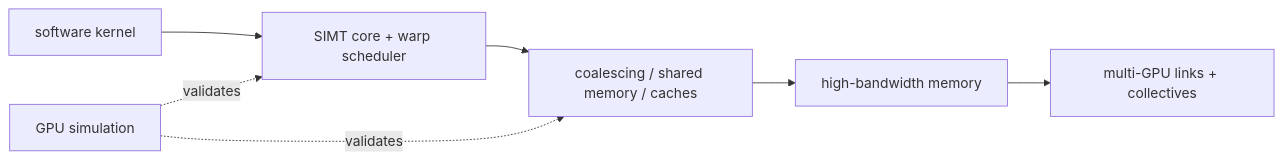
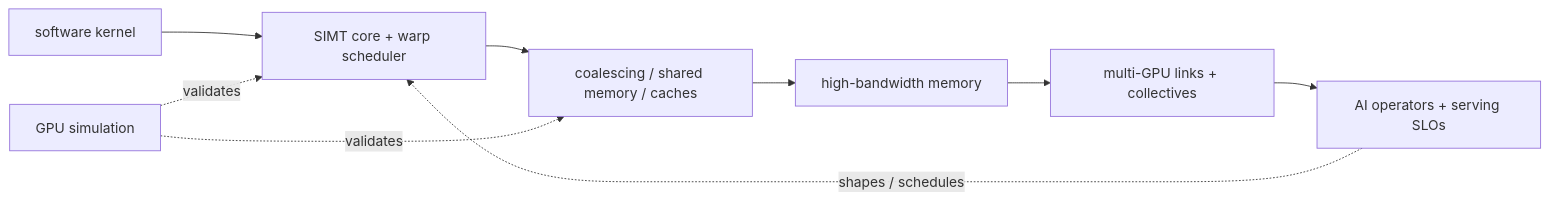
One commit to Wty2003328/silicon-design-notebook changed the diagram in 01_Architecture_and_PPA/02_GPU_Architecture/00_Index.md. Above: the diagram before and after it, drawn with Mermaid. The commit also changed other lines of this file and 47 other files, not shown here.

Commit message:
Add research-depth AI workload architecture sections

```diff
--- a/01_Architecture_and_PPA/02_GPU_Architecture/00_Index.md
+++ b/01_Architecture_and_PPA/02_GPU_Architecture/00_Index.md
@@ -9,9 +9,11 @@
 ~~~mermaid
 flowchart LR
     Kernel["software kernel"] --> Core["SIMT core + warp scheduler"]
     Core --> Mem["coalescing / shared memory / caches"]
     Mem --> HBM["high-bandwidth memory"]
     HBM --> Scale["multi-GPU links + collectives"]
+    Scale --> AI["AI operators + serving SLOs"]
+    AI -. "shapes / schedules" .-> Core
     Sim["GPU simulation"] -. validates .-> Core
     Sim -. validates .-> Mem
 ~~~
```
